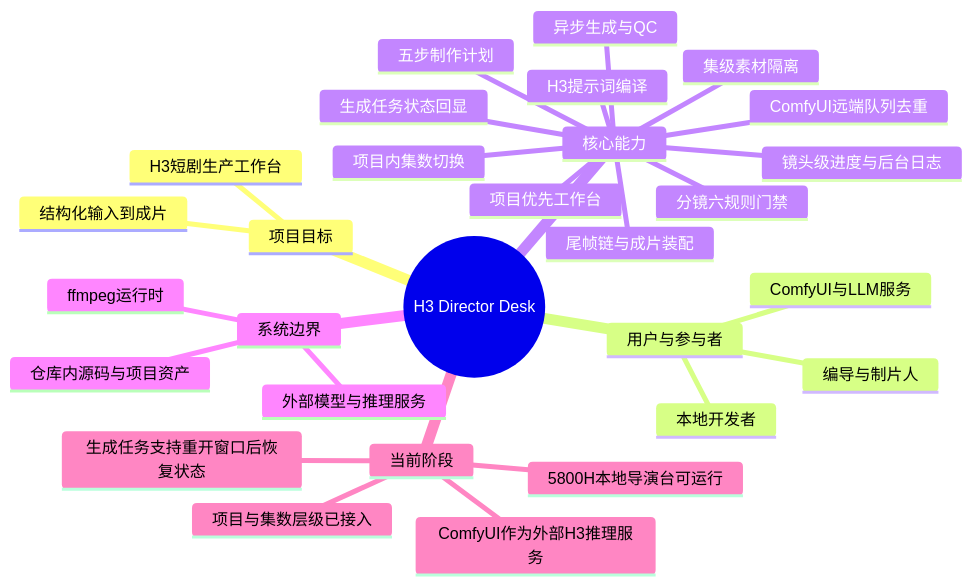
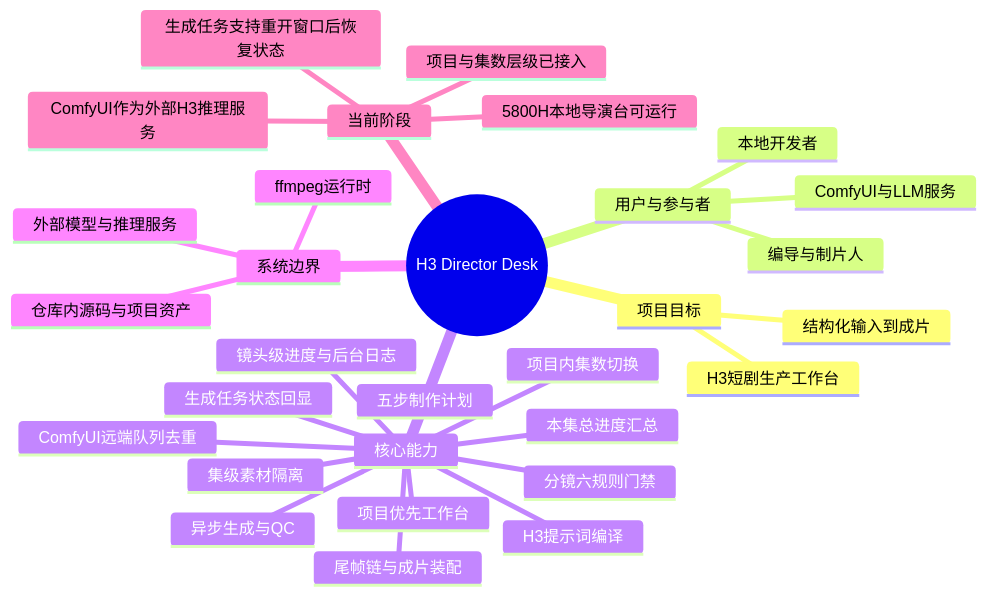
The diagram in docs/project-evolution/mindmaps/project-overview.md (Exalex/h3-director-desk), drawn with Mermaid before and after one commit. The commit also changed 9 other files, not shown here.

````diff
--- a/docs/project-evolution/mindmaps/project-overview.md
+++ b/docs/project-evolution/mindmaps/project-overview.md
@@ -3,32 +3,33 @@
 ```mermaid
 mindmap
   root((H3 Director Desk))
     项目目标
       H3短剧生产工作台
       结构化输入到成片
     用户与参与者
       编导与制片人
       本地开发者
       ComfyUI与LLM服务
     核心能力
       项目优先工作台
       项目内集数切换
       集级素材隔离
       五步制作计划
       分镜六规则门禁
       H3提示词编译
       异步生成与QC
       生成任务状态回显
       ComfyUI远端队列去重
       镜头级进度与后台日志
+      本集总进度汇总
       尾帧链与成片装配
     系统边界
       仓库内源码与项目资产
       外部模型与推理服务
       ffmpeg运行时
     当前阶段
       5800H本地导演台可运行
       项目与集数层级已接入
       ComfyUI作为外部H3推理服务
       生成任务支持重开窗口后恢复状态
 ```
````
